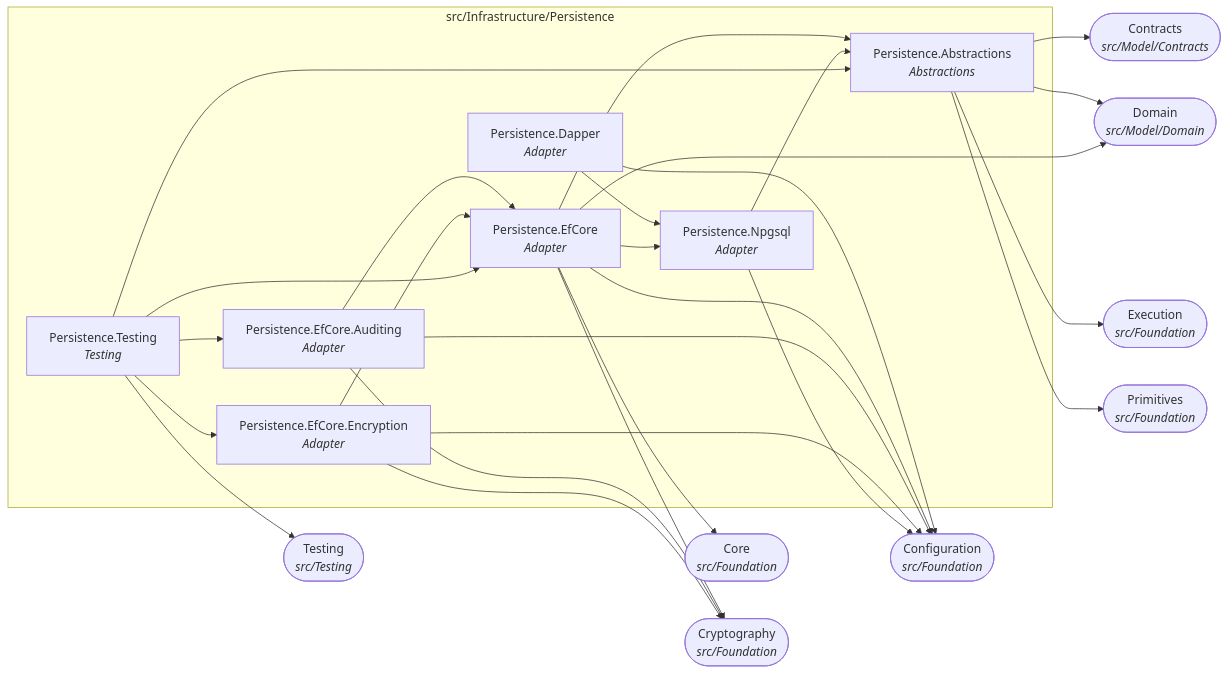
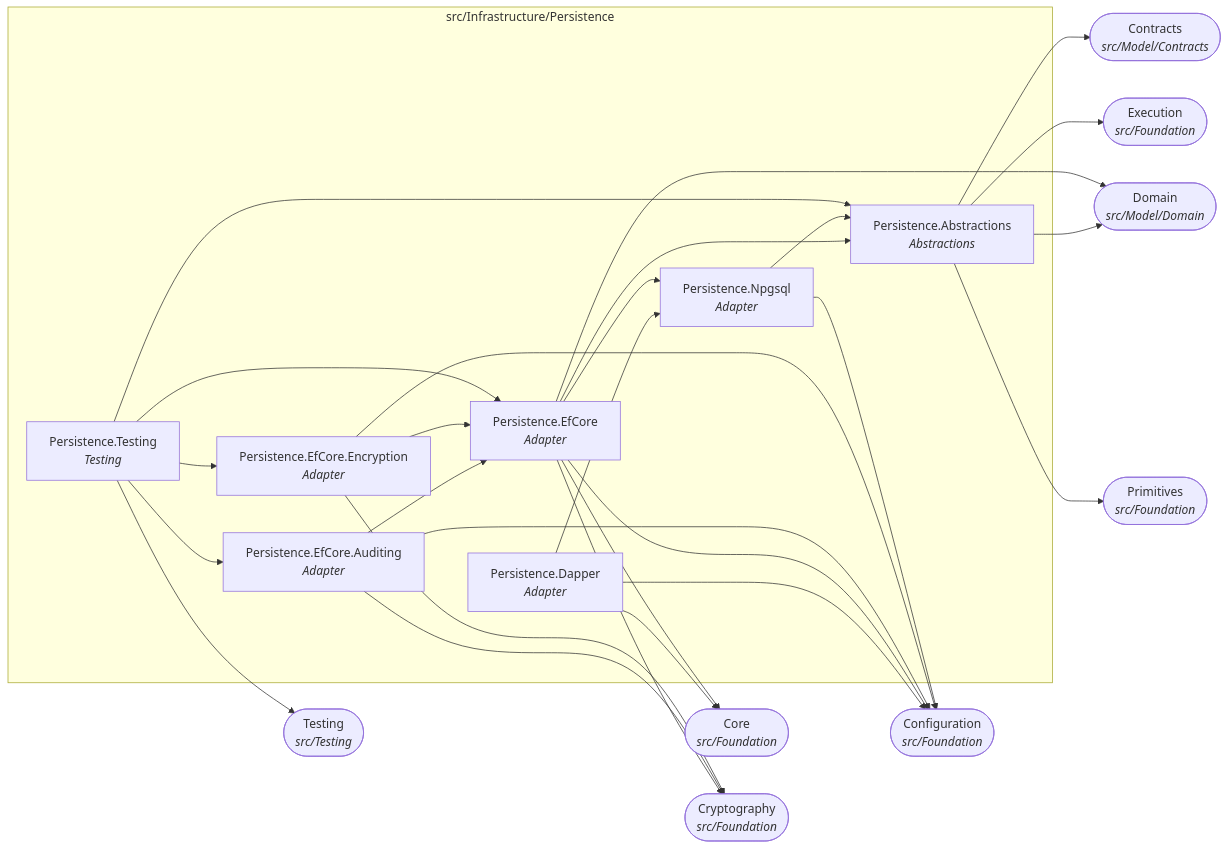
Diagram 13 of 22 in docs/dependency-graph.md (Gresta-Vertex-Labs/platform-shared-kernel), drawn with Mermaid before and after one commit. The commit also changed other lines of this file and 1494 other files, not shown here.

````diff
--- a/docs/dependency-graph.md
+++ b/docs/dependency-graph.md
@@ -481,45 +496,46 @@
 ```mermaid
 flowchart LR
   subgraph folder_src_Infrastructure_Persistence["src/Infrastructure/Persistence"]
     SharedKernel_Persistence_Abstractions["Persistence.Abstractions<br/><i>Abstractions</i>"]
     SharedKernel_Persistence_Dapper["Persistence.Dapper<br/><i>Adapter</i>"]
     SharedKernel_Persistence_EfCore["Persistence.EfCore<br/><i>Adapter</i>"]
     SharedKernel_Persistence_EfCore_Auditing["Persistence.EfCore.Auditing<br/><i>Adapter</i>"]
     SharedKernel_Persistence_EfCore_Encryption["Persistence.EfCore.Encryption<br/><i>Adapter</i>"]
     SharedKernel_Persistence_Npgsql["Persistence.Npgsql<br/><i>Adapter</i>"]
     SharedKernel_Persistence_Testing["Persistence.Testing<br/><i>Testing</i>"]
   end
   SharedKernel_Configuration(["Configuration<br/><i>src/Foundation</i>"])
   SharedKernel_Contracts(["Contracts<br/><i>src/Model/Contracts</i>"])
   SharedKernel_Core(["Core<br/><i>src/Foundation</i>"])
   SharedKernel_Cryptography(["Cryptography<br/><i>src/Foundation</i>"])
   SharedKernel_Domain(["Domain<br/><i>src/Model/Domain</i>"])
   SharedKernel_Execution(["Execution<br/><i>src/Foundation</i>"])
   SharedKernel_Primitives(["Primitives<br/><i>src/Foundation</i>"])
   SharedKernel_Testing(["Testing<br/><i>src/Testing</i>"])
   SharedKernel_Persistence_Abstractions --> SharedKernel_Contracts
   SharedKernel_Persistence_Abstractions --> SharedKernel_Domain
   SharedKernel_Persistence_Abstractions --> SharedKernel_Execution
   SharedKernel_Persistence_Abstractions --> SharedKernel_Primitives
   SharedKernel_Persistence_Dapper --> SharedKernel_Configuration
+  SharedKernel_Persistence_Dapper --> SharedKernel_Core
   SharedKernel_Persistence_Dapper --> SharedKernel_Persistence_Npgsql
   SharedKernel_Persistence_EfCore --> SharedKernel_Configuration
   SharedKernel_Persistence_EfCore --> SharedKernel_Core
   SharedKernel_Persistence_EfCore --> SharedKernel_Cryptography
   SharedKernel_Persistence_EfCore --> SharedKernel_Domain
   SharedKernel_Persistence_EfCore --> SharedKernel_Persistence_Abstractions
   SharedKernel_Persistence_EfCore --> SharedKernel_Persistence_Npgsql
   SharedKernel_Persistence_EfCore_Auditing --> SharedKernel_Configuration
   SharedKernel_Persistence_EfCore_Auditing --> SharedKernel_Cryptography
   SharedKernel_Persistence_EfCore_Auditing --> SharedKernel_Persistence_EfCore
   SharedKernel_Persistence_EfCore_Encryption --> SharedKernel_Configuration
   SharedKernel_Persistence_EfCore_Encryption --> SharedKernel_Cryptography
   SharedKernel_Persistence_EfCore_Encryption --> SharedKernel_Persistence_EfCore
   SharedKernel_Persistence_Npgsql --> SharedKernel_Configuration
   SharedKernel_Persistence_Npgsql --> SharedKernel_Persistence_Abstractions
   SharedKernel_Persistence_Testing --> SharedKernel_Persistence_Abstractions
   SharedKernel_Persistence_Testing --> SharedKernel_Persistence_EfCore
   SharedKernel_Persistence_Testing --> SharedKernel_Persistence_EfCore_Auditing
   SharedKernel_Persistence_Testing --> SharedKernel_Persistence_EfCore_Encryption
   SharedKernel_Persistence_Testing --> SharedKernel_Testing
 ```
````
